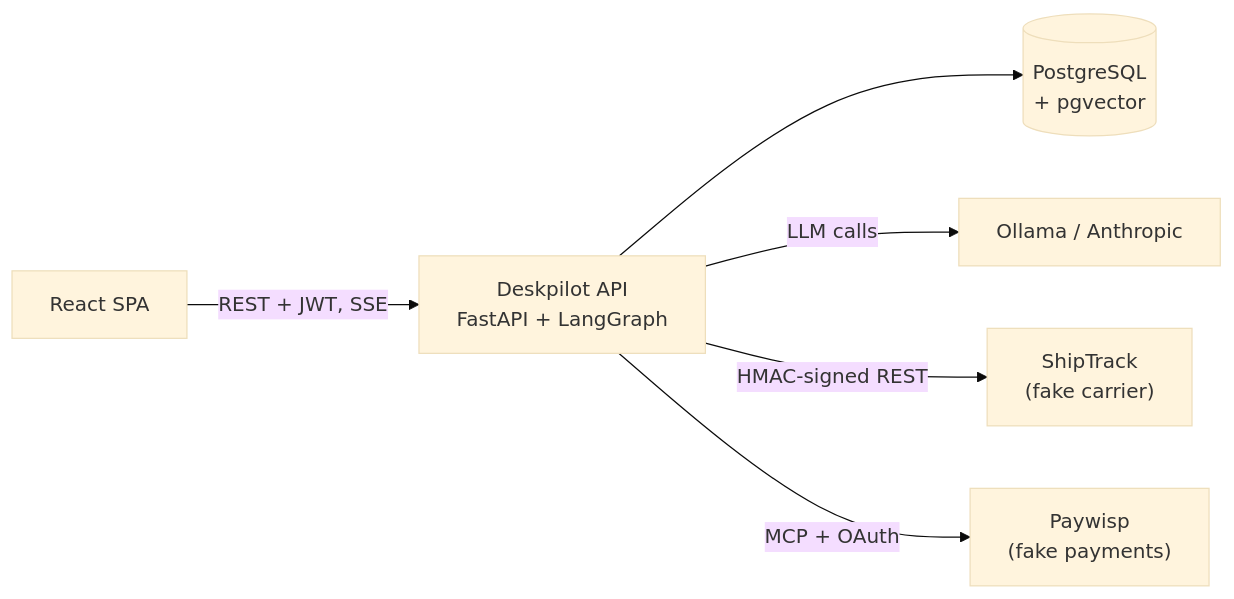
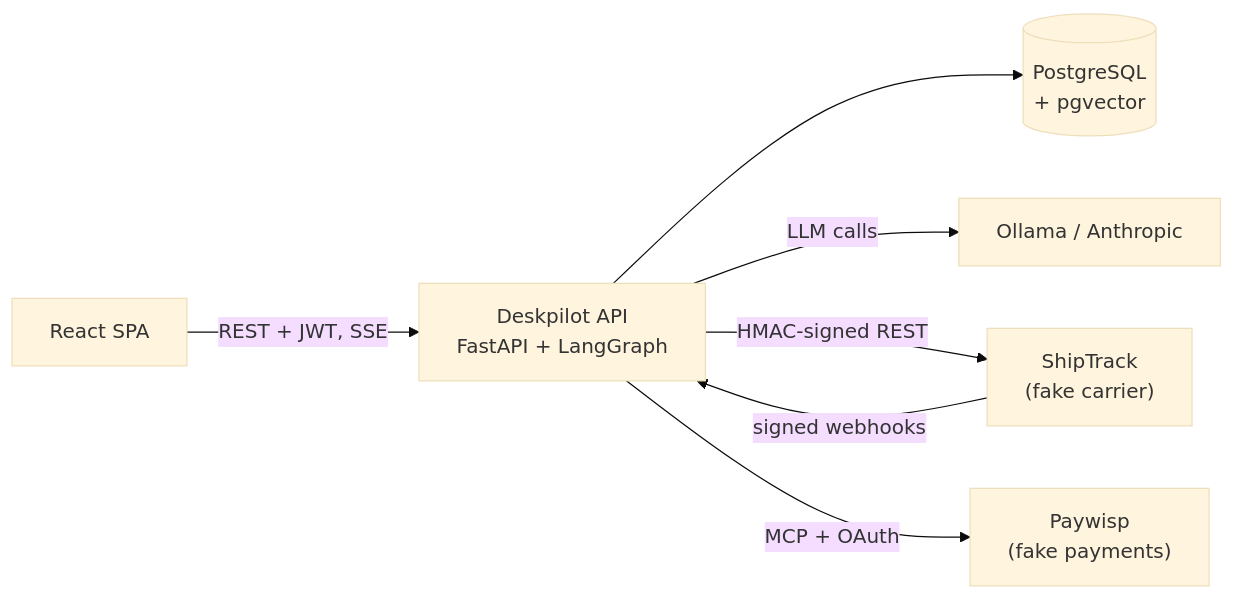
Before and after one commit to olegood/deskpilot: the diagram in README.md, drawn with Mermaid (base theme). The commit also changed other lines of this file and 14 other files, not shown here.

````diff
--- a/README.md
+++ b/README.md
@@ -111,8 +113,9 @@
 ```mermaid
 flowchart LR
     SPA["React SPA"] -- "REST + JWT, SSE" --> API["Deskpilot API<br/>FastAPI + LangGraph"]
     API --> PG[("PostgreSQL<br/>+ pgvector")]
     API -- "LLM calls" --> LLM["Ollama / Anthropic"]
     API -- "HMAC-signed REST" --> ST["ShipTrack<br/>(fake carrier)"]
+    ST -- "signed webhooks" --> API
     API -- "MCP + OAuth" --> PW["Paywisp<br/>(fake payments)"]
 ```
````
